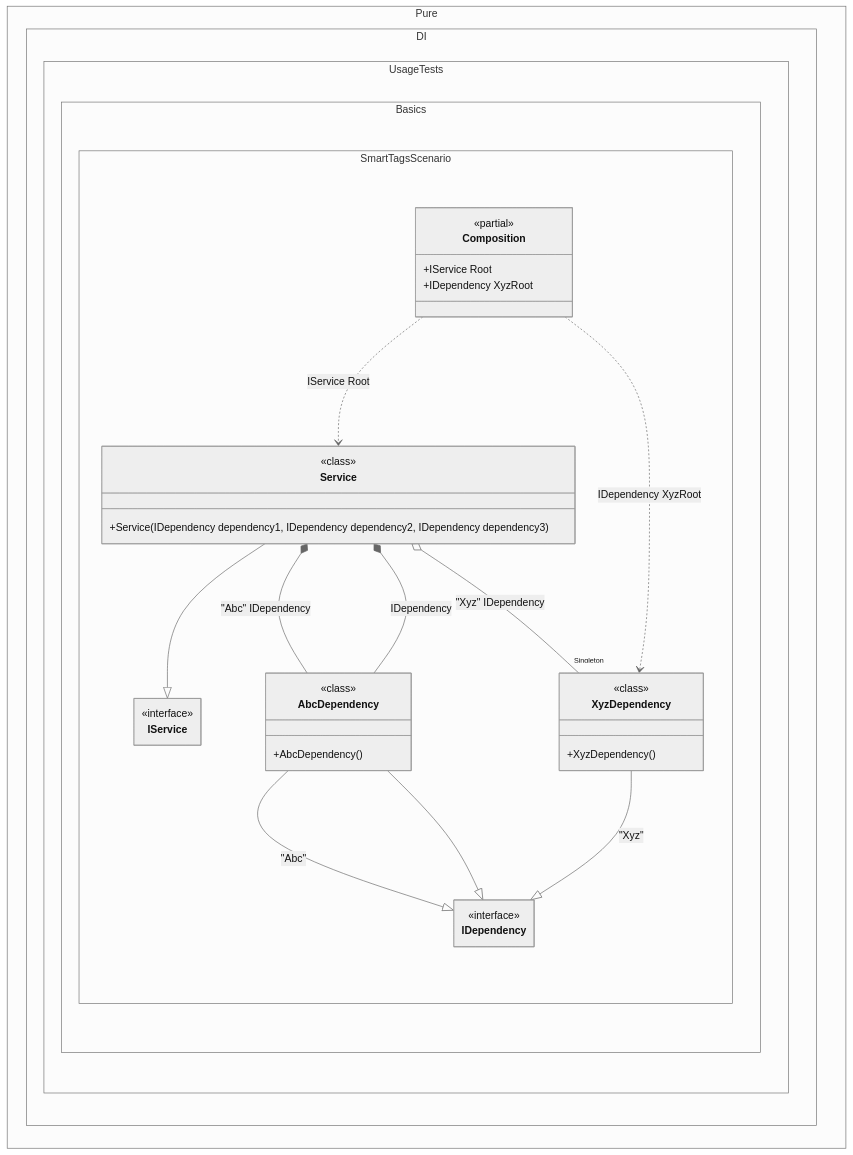
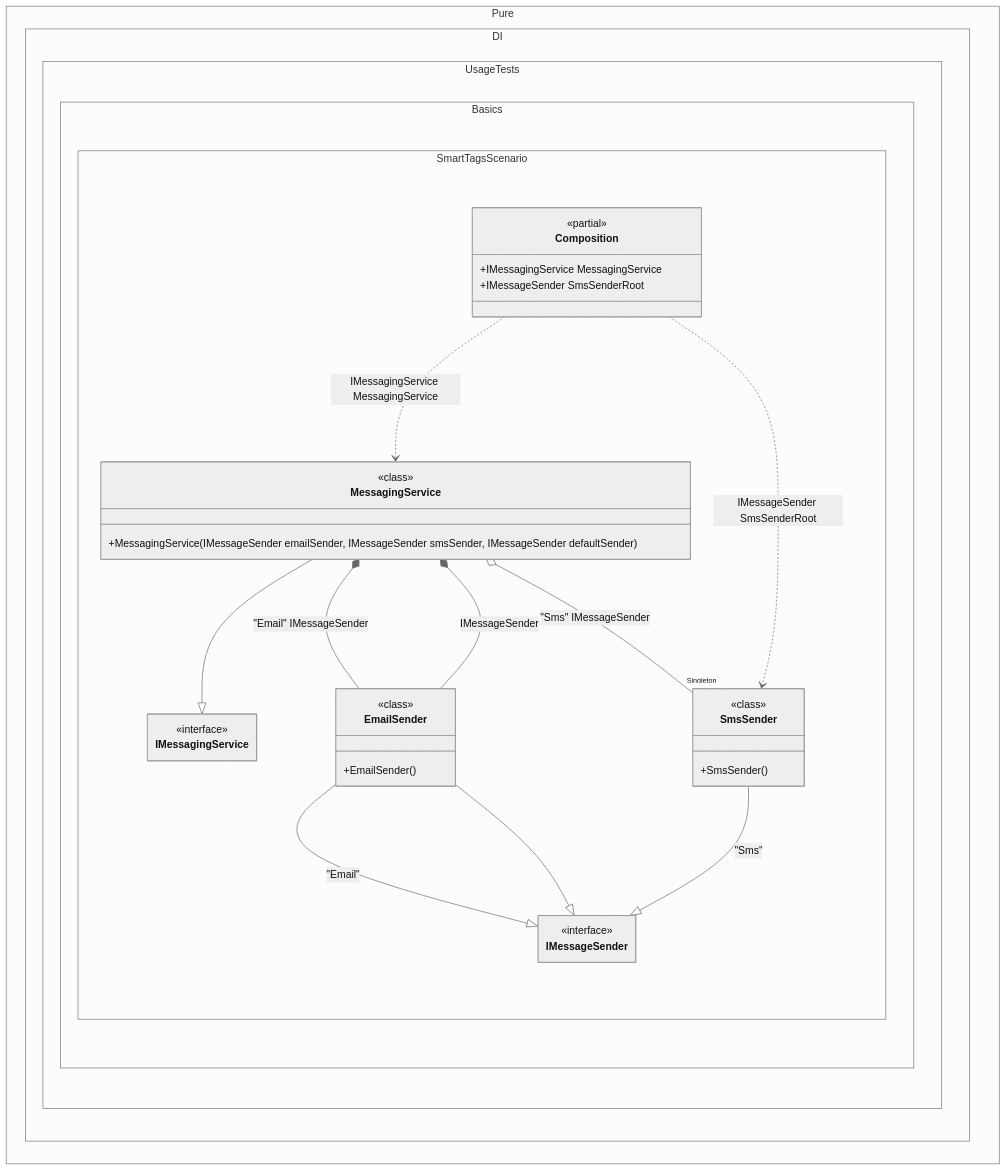
The diagram in readme/smart-tags.md (DevTeam/Pure.DI), drawn with Mermaid (neutral theme) before and after one commit. The commit also changed other lines of this file and 126 other files, not shown here.

````diff
--- a/readme/smart-tags.md
+++ b/readme/smart-tags.md
@@ -184,44 +182,44 @@
 ```mermaid
 ---
  config:
   maxTextSize: 2147483647
   maxEdges: 2147483647
   class:
    hideEmptyMembersBox: true
 ---
 classDiagram
-	AbcDependency --|> IDependency : "Abc" 
-	AbcDependency --|> IDependency
-	XyzDependency --|> IDependency : "Xyz" 
-	Service --|> IService
-	Composition ..> Service : IService Root
-	Composition ..> XyzDependency : IDependency XyzRoot
-	Service *--  AbcDependency : "Abc"  IDependency
-	Service *--  AbcDependency : IDependency
-	Service o-- "Singleton" XyzDependency : "Xyz"  IDependency
+	EmailSender --|> IMessageSender : "Email" 
+	EmailSender --|> IMessageSender
+	SmsSender --|> IMessageSender : "Sms" 
+	MessagingService --|> IMessagingService
+	Composition ..> MessagingService : IMessagingService MessagingService
+	Composition ..> SmsSender : IMessageSender SmsSenderRoot
+	MessagingService *--  EmailSender : "Email"  IMessageSender
+	MessagingService *--  EmailSender : IMessageSender
+	MessagingService o-- "Singleton" SmsSender : "Sms"  IMessageSender
 	namespace Pure.DI.UsageTests.Basics.SmartTagsScenario {
-		class AbcDependency {
-				<<class>>
-			+AbcDependency()
-		}
 		class Composition {
 		<<partial>>
-		+IService Root
-		+IDependency XyzRoot
+		+IMessagingService MessagingService
+		+IMessageSender SmsSenderRoot
 		}
-		class IDependency {
+		class EmailSender {
+				<<class>>
+			+EmailSender()
+		}
+		class IMessageSender {
 			<<interface>>
 		}
-		class IService {
+		class IMessagingService {
 			<<interface>>
 		}
-		class Service {
+		class MessagingService {
 				<<class>>
-			+Service(IDependency dependency1, IDependency dependency2, IDependency dependency3)
+			+MessagingService(IMessageSender emailSender, IMessageSender smsSender, IMessageSender defaultSender)
 		}
-		class XyzDependency {
+		class SmsSender {
 				<<class>>
-			+XyzDependency()
+			+SmsSender()
 		}
 	}
 ```
````
